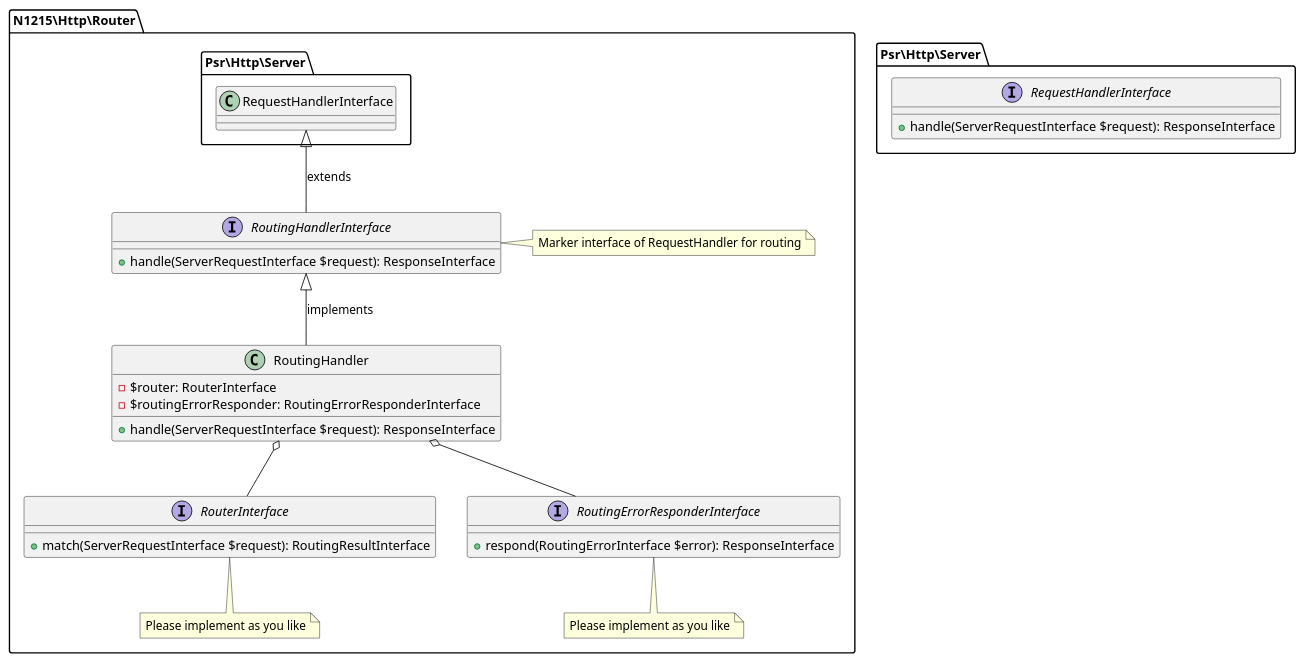
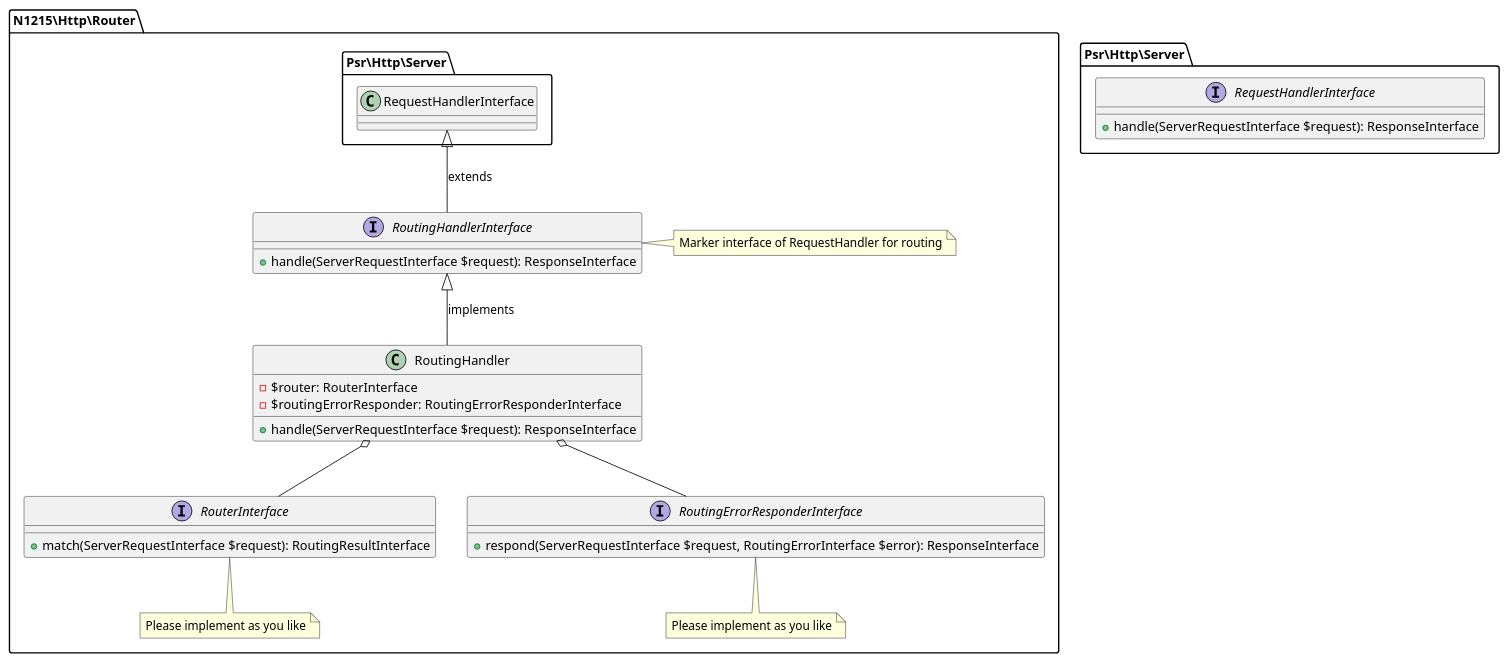
The diagram in doc/routing-handler.puml (n1215/http-router), drawn with PlantUML before and after one commit. The commit also changed 2 other files, not shown here.

Commit message:
fix interface

```diff
--- a/doc/routing-handler.puml
+++ b/doc/routing-handler.puml
@@ -1,40 +1,40 @@
 @startuml
 
 package N1215\Http\Router {
 
     interface RouterInterface {
         + match(ServerRequestInterface $request): RoutingResultInterface
     }
     note bottom of RouterInterface: Please implement as you like
 
     interface RoutingErrorResponderInterface {
-        + respond(RoutingErrorInterface $error): ResponseInterface
+        + respond(ServerRequestInterface $request, RoutingErrorInterface $error): ResponseInterface
     }
     note bottom of RoutingErrorResponderInterface: Please implement as you like
 
     interface RoutingHandlerInterface {
         + handle(ServerRequestInterface $request): ResponseInterface
     }
     note right of RoutingHandlerInterface: Marker interface of RequestHandler for routing
 
     class RoutingHandler {
         - $router: RouterInterface
         - $routingErrorResponder: RoutingErrorResponderInterface
         + handle(ServerRequestInterface $request): ResponseInterface
     }
 
     Psr\Http\Server.RequestHandlerInterface <|-- RoutingHandlerInterface: extends
     RoutingHandlerInterface <|-- RoutingHandler: implements
 
     RoutingHandler o-- RouterInterface
     RoutingHandler o-- RoutingErrorResponderInterface
 
 }
 
 namespace Psr\Http\Server {
     interface RequestHandlerInterface {
         + handle(ServerRequestInterface $request): ResponseInterface
     }
 }
 
 @enduml
```
